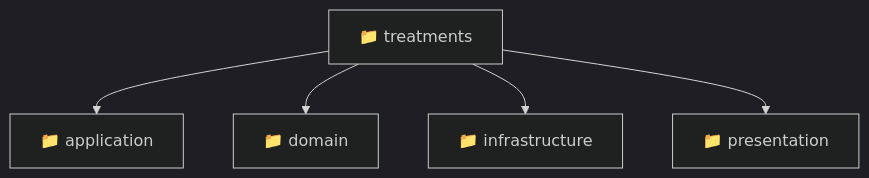
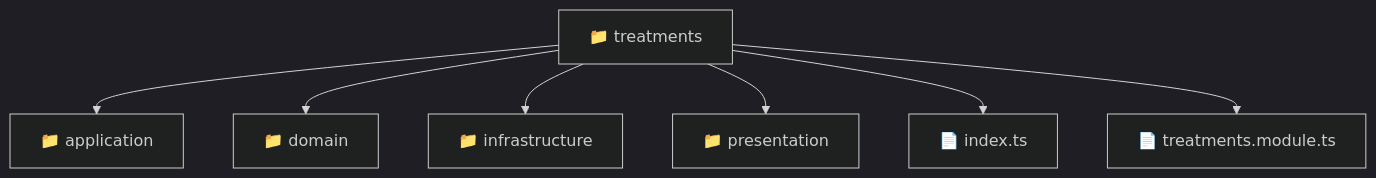
The diagram in backend/src/modules/treatments/README.md (beginwebdev2002/fullstack-mavluda), drawn with Mermaid (dark theme) before and after one commit. The commit also changed other lines of this file and 157 other files, not shown here.

First line of the commit message:
docs: generate localized readmes for architectural transparency

````diff
--- a/backend/src/modules/treatments/README.md
+++ b/backend/src/modules/treatments/README.md
@@ -9,8 +11,10 @@
 ```mermaid
 graph TD
   treatments["📁 treatments"]
-  treatments --> application["📁 application"]
-  treatments --> domain["📁 domain"]
-  treatments --> infrastructure["📁 infrastructure"]
-  treatments --> presentation["📁 presentation"]
+  treatments --> treatments_application["📁 application"]
+  treatments --> treatments_domain["📁 domain"]
+  treatments --> treatments_infrastructure["📁 infrastructure"]
+  treatments --> treatments_presentation["📁 presentation"]
+  treatments --> treatments_index_ts["📄 index.ts"]
+  treatments --> treatments_treatments_module_ts["📄 treatments.module.ts"]
 ```
````
